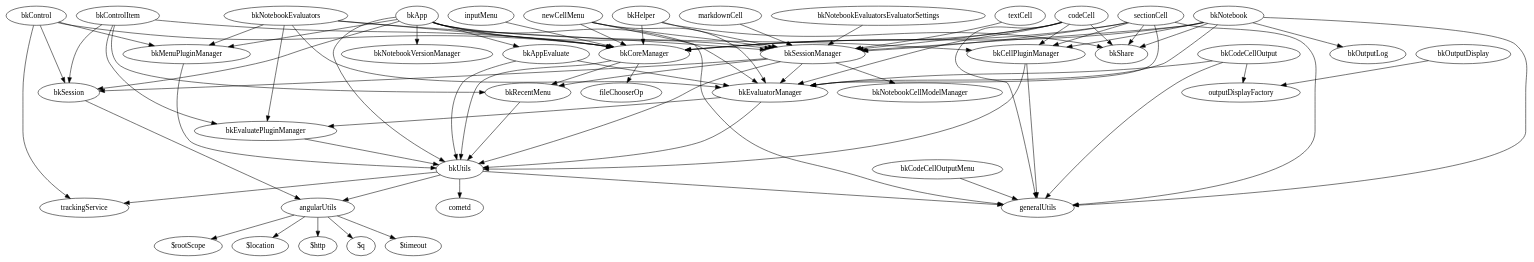
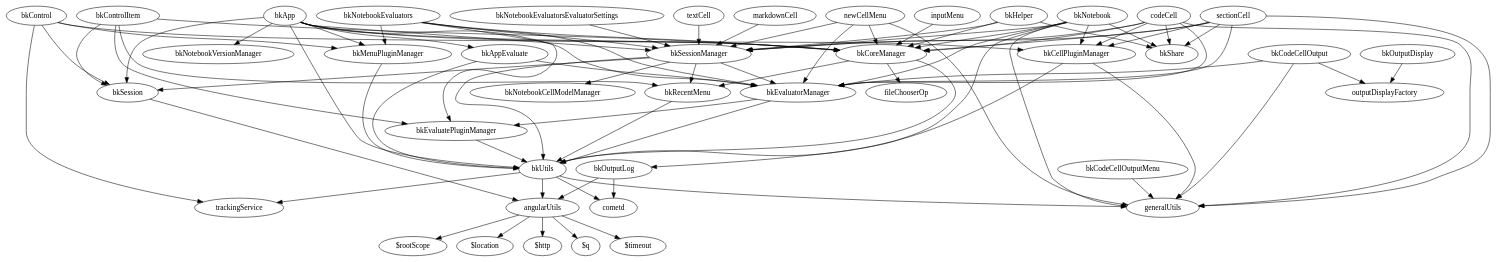
The diagram in bk.dot (anglee/hello), drawn with Graphviz before and after one commit. The commit also changed 1 other file, not shown here.

```diff
--- a/bk.dot
+++ b/bk.dot
@@ -1,118 +1,121 @@
 digraph G {
   angularUtils -> "$rootScope";
   angularUtils -> "$location";
   angularUtils -> "$http";
   angularUtils -> "$q";
   angularUtils -> "$timeout";
 
   bkApp -> bkUtils;
   bkApp -> bkSession;
   bkApp -> bkSessionManager;
   bkApp -> bkMenuPluginManager;
   bkApp -> bkCellPluginManager;
   bkApp -> bkCoreManager;
   bkApp -> bkAppEvaluate;
   bkApp -> bkNotebookVersionManager;
   bkApp -> bkEvaluatorManager;
 
   bkAppEvaluate -> bkUtils;
   bkAppEvaluate -> bkEvaluatorManager;
 
   newCellMenu -> generalUtils;
   newCellMenu -> bkSessionManager;
   newCellMenu -> bkCoreManager;
   newCellMenu -> bkEvaluatorManager;
 
   sectionCell -> generalUtils;
   sectionCell -> bkShare;
   sectionCell -> bkEvaluatorManager;
   sectionCell -> bkSessionManager;
   sectionCell -> bkCoreManager;
   sectionCell -> bkCellPluginManager;
 
   textCell -> bkSessionManager;
 
   markdownCell -> bkSessionManager;
 
   bkCellPluginManager -> bkUtils;
   bkCellPluginManager -> generalUtils;
 
   codeCell -> generalUtils;
   codeCell -> bkShare;
   codeCell -> bkEvaluatorManager;
   codeCell -> bkCellPluginManager;
   codeCell -> bkSessionManager;
   codeCell -> bkCoreManager;
 
   inputMenu -> bkCoreManager;
 
   bkCodeCellOutput -> generalUtils;
   bkCodeCellOutput -> outputDisplayFactory;
   bkCodeCellOutput -> bkEvaluatorManager;
 
   bkCodeCellOutputMenu -> generalUtils;
 
   bkControl -> bkCoreManager;
   bkControl -> bkSession;
   bkControl -> bkMenuPluginManager;
   bkControl -> trackingService;
 
   bkControlItem -> bkSession;
   bkControlItem -> bkCoreManager;
   bkControlItem -> bkRecentMenu;
   bkControlItem -> bkEvaluatePluginManager;
 
   bkCoreManager -> bkUtils;
   bkCoreManager -> bkRecentMenu;
   bkCoreManager -> fileChooserOp;
 
   bkEvaluatePluginManager -> bkUtils;
 
   bkEvaluatorManager -> bkUtils;
   bkEvaluatorManager -> bkEvaluatePluginManager;
 
   bkHelper -> bkSessionManager;
   bkHelper -> bkCoreManager;
   bkHelper -> bkShare;
 
   bkMenuPluginManager -> bkUtils;
 
   bkNotebook -> generalUtils;
   bkNotebook -> bkShare;
   bkNotebook -> bkEvaluatorManager;
   bkNotebook -> bkCellPluginManager;
   bkNotebook -> bkSessionManager;
   bkNotebook -> bkCoreManager;
   bkNotebook -> bkOutputLog;
 
   bkNotebookEvaluators -> bkCoreManager;
   bkNotebookEvaluators -> bkSessionManager;
   bkNotebookEvaluators -> bkMenuPluginManager;
   bkNotebookEvaluators -> bkEvaluatePluginManager;
   bkNotebookEvaluators -> bkEvaluatorManager;
 
   bkNotebookEvaluatorsEvaluatorSettings -> bkSessionManager;
 
+  bkOutputLog -> angularUtils;
+  bkOutputLog -> cometd;
+
   bkOutputDisplay -> "outputDisplayFactory";
 
-  bkRecentMenu -> "bkUtils";
+  bkRecentMenu -> bkUtils;
 
   bkSession -> angularUtils;
 
   bkSessionManager -> bkUtils;
   bkSessionManager -> bkSession;
   bkSessionManager -> bkNotebookCellModelManager;
   bkSessionManager -> bkEvaluatorManager;
   bkSessionManager -> bkRecentMenu;
 
   bkUtils -> generalUtils;
   bkUtils -> angularUtils;
   bkUtils -> trackingService;
   bkUtils -> cometd;
 
 
 
 
 
 
 }
```
